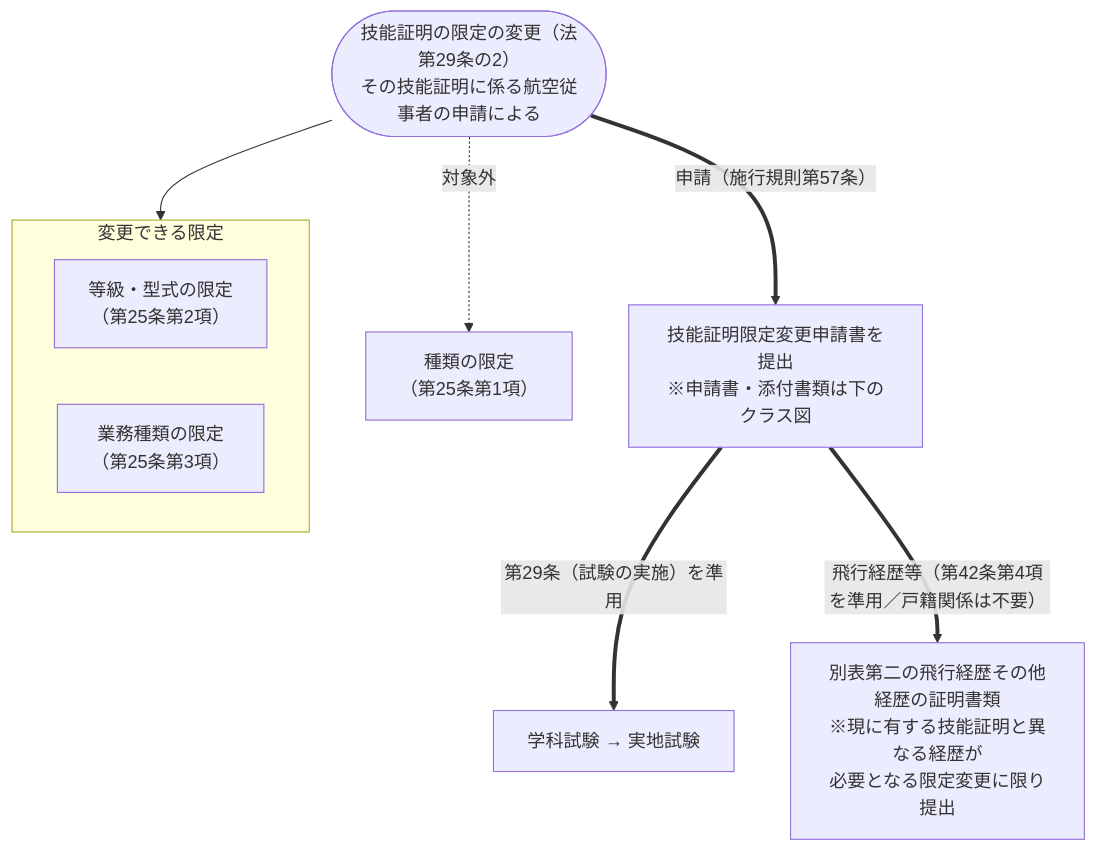
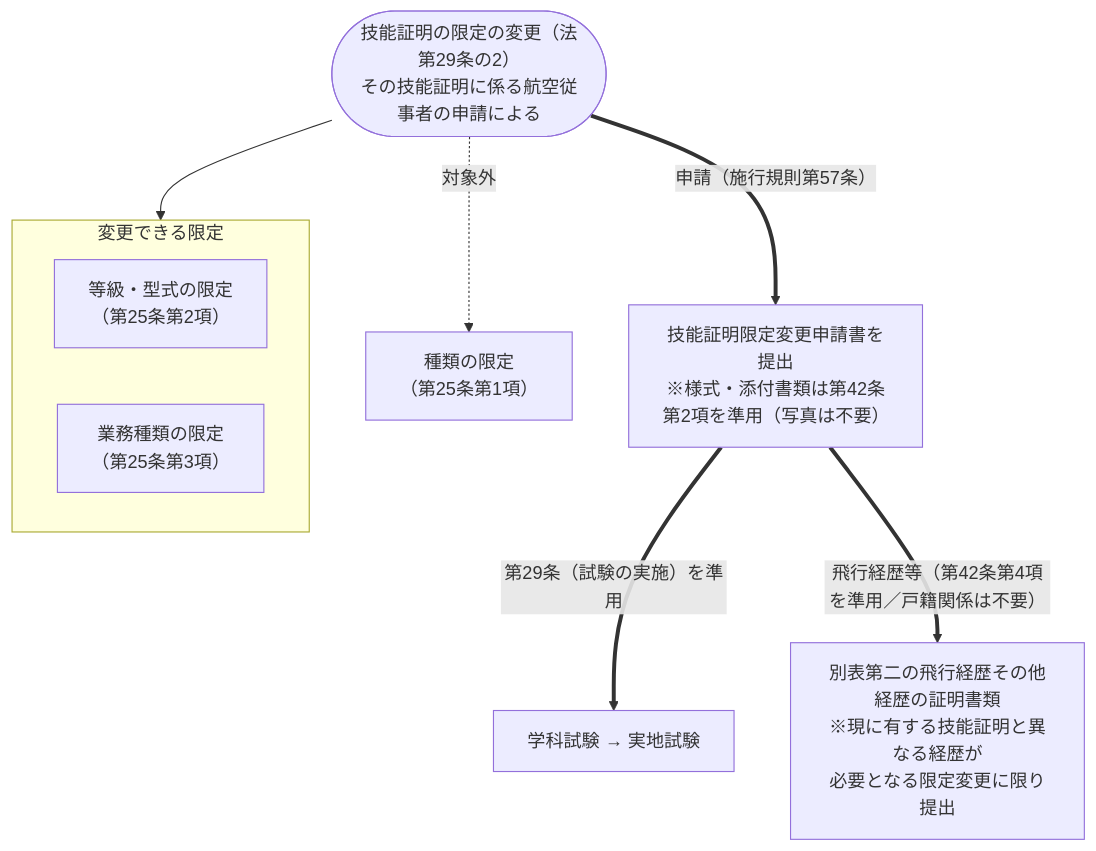
Before and after one commit to yonemotoBB/pil: the fifth of 5 diagrams in chapters/04_第四章.md, drawn with Mermaid. The commit also changed other lines of this file and 2 other files, not shown here.

First line of the commit message:
法規まとめ: 冗長なmermaid図39個を削除（全50→11）

````diff
--- a/chapters/04_第四章.md
+++ b/chapters/04_第四章.md
@@ -501,16 +301,16 @@
 ```mermaid
 flowchart TD
     START(["技能証明の限定の変更（法第29条の2）<br>その技能証明に係る航空従事者の申請による"])
 
     subgraph t[変更できる限定]
         L2["等級・型式の限定<br>（第25条第2項）"]
         L3["業務種類の限定<br>（第25条第3項）"]
     end
     X["種類の限定<br>（第25条第1項）"]
     START --> t
     START -. 対象外 .-> X
 
-    START == 申請（施行規則第57条） ==> P["技能証明限定変更申請書を提出<br>※申請書・添付書類は下のクラス図"]
+    START == 申請（施行規則第57条） ==> P["技能証明限定変更申請書を提出<br>※様式・添付書類は第42条第2項を準用（写真は不要）"]
     P == 第29条（試験の実施）を準用 ==> EX["学科試験 → 実地試験"]
     P == 飛行経歴等（第42条第4項を準用／戸籍関係は不要） ==> H["別表第二の飛行経歴その他経歴の証明書類<br>※現に有する技能証明と異なる経歴が<br>必要となる限定変更に限り提出"]
 ```
````
